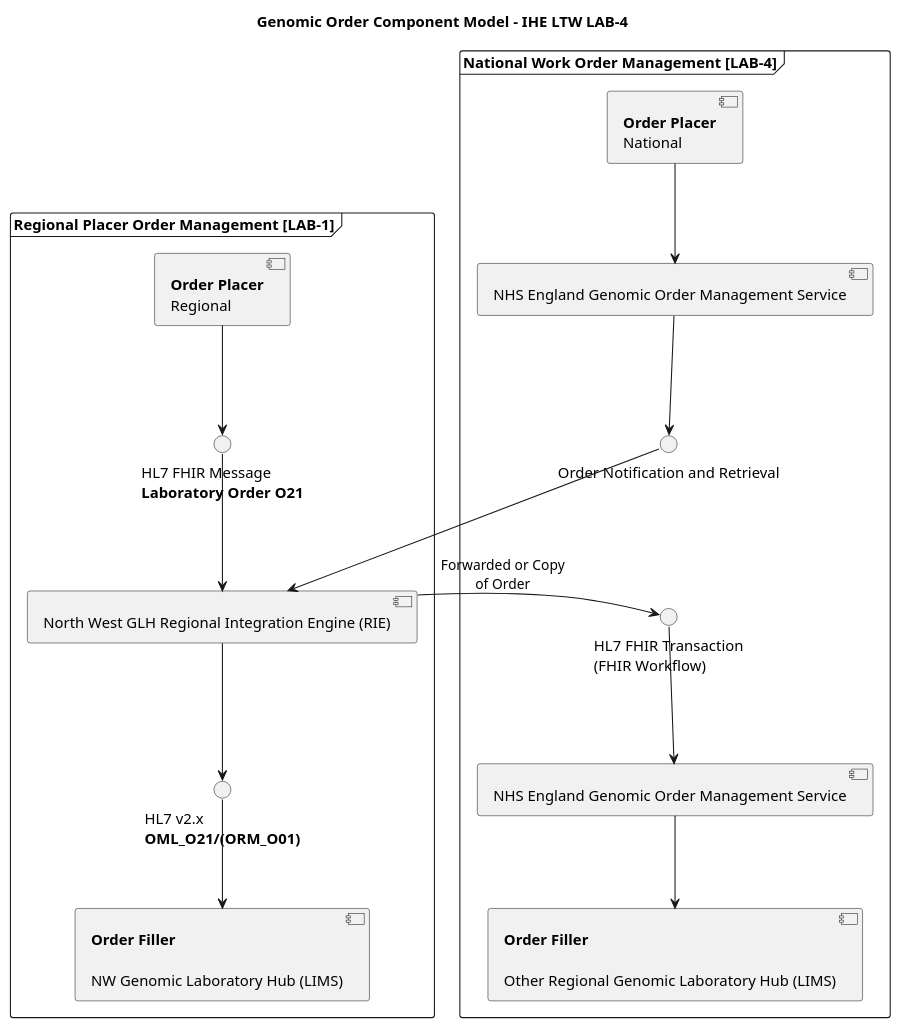
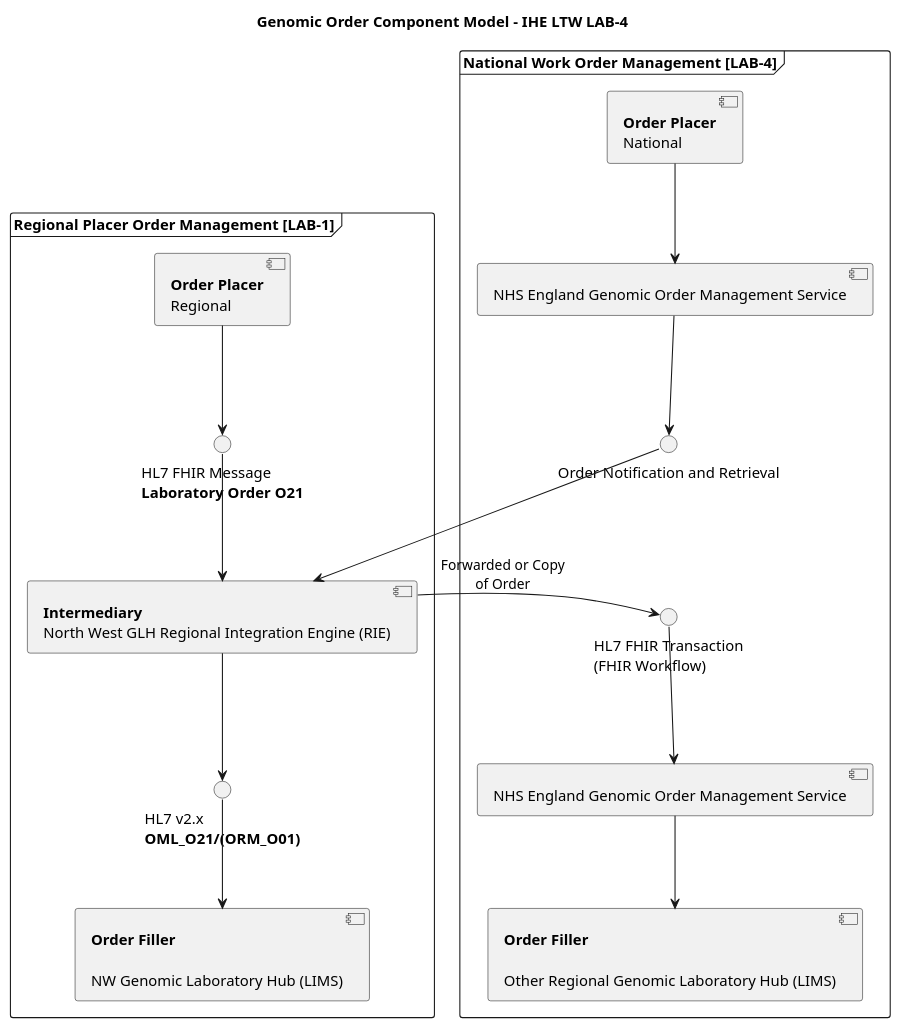
One commit to nw-gmsa/nw-gmsa.github.com changed the diagram in input/images-source/LAB4-component.plantuml. Above: the diagram before and after it, drawn with PlantUML. The commit also changed 11 other files, not shown here.

```diff
--- a/input/images-source/LAB4-component.plantuml
+++ b/input/images-source/LAB4-component.plantuml
@@ -1,44 +1,44 @@
 @startuml
 
 title "Genomic Order Component Model - IHE LTW LAB-4"
 
 frame "Regional Placer Order Management [LAB-1]" as LAB1 {
   component "**Order Filler**\n\nNW Genomic Laboratory Hub (LIMS)" as LIMS
   component "**Order Placer**\nRegional" as EPR
-  component "North West GLH Regional Integration Engine (RIE)" as TIE
+  component "**Intermediary**\nNorth West GLH Regional Integration Engine (RIE)" as TIE
 
  interface "HL7 FHIR Message\n**Laboratory Order O21**" as HL7_ORM1
 
  interface "HL7 v2.x\n**OML_O21/(ORM_O01)**" as HL7_ORM2
 
   EPR -d-> HL7_ORM1
   HL7_ORM1 -d-> TIE
   TIE -d-> HL7_ORM2
 }
 
 frame "National Work Order Management [LAB-4]" as LAB4 {
  component "**Order Placer**\nNational" as EPRE
  component "NHS England Genomic Order Management Service" as GOMSp
  component "**Order Filler**\n\nOther Regional Genomic Laboratory Hub (LIMS)" as LIMSE
  component "NHS England Genomic Order Management Service" as GOMS
  interface "Order Notification and Retrieval" as notify
  interface "HL7 FHIR Transaction\n(FHIR Workflow)" as Transaction
 
 
  EPRE -d-> GOMSp
  GOMSp -d-> notify
  notify -d[hidden]- Transaction
  GOMS -d-> LIMSE
 }
 
 
 
 TIE -d-> Transaction: Forwarded or Copy\nof Order
 Transaction -d-> GOMS
  notify -d-> TIE
 
 HL7_ORM2 -d-> LIMS
 
 
 
 @enduml
```
